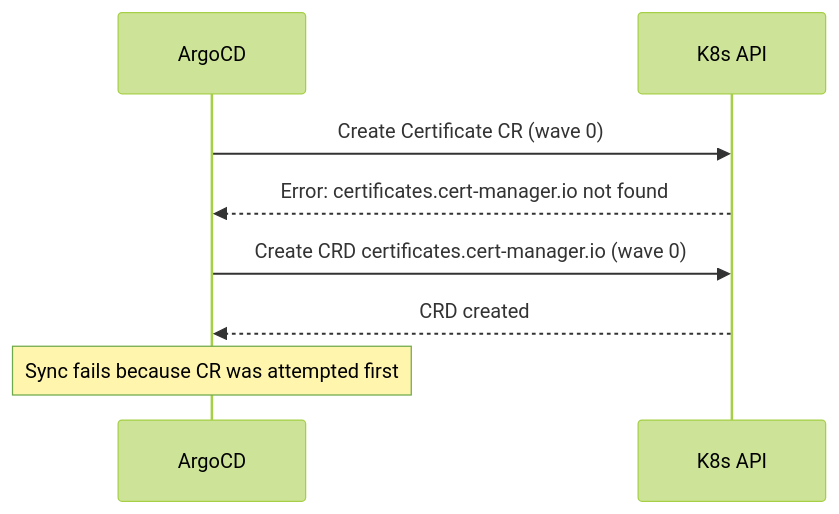
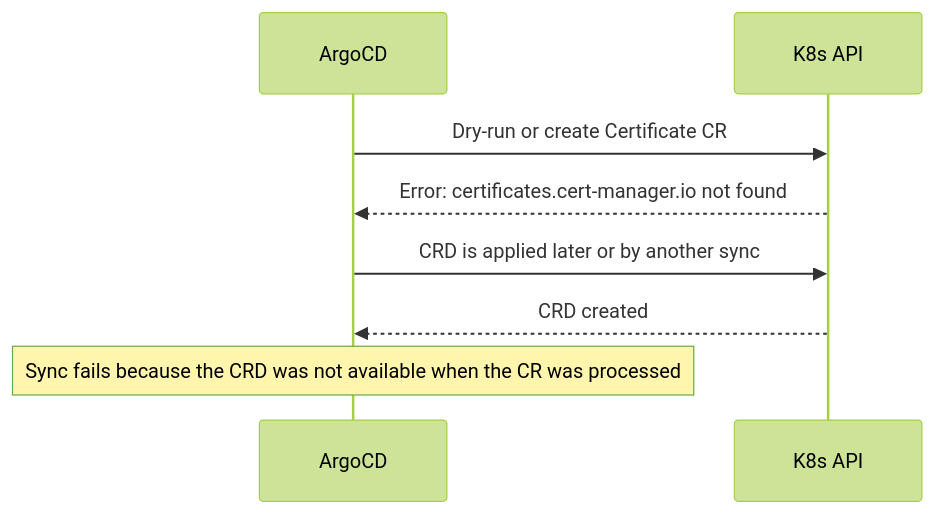
Before and after one commit to OneUptime/blog: the diagram in posts/2026-02-26-argocd-order-crd-before-cr-sync-waves/README.md, drawn with Mermaid (forest theme). The commit also changed other lines of this file and 2 other files, not shown here.

Commit message:
validate: 2026-02-26-argocd-order-crd-before-cr-sync-waves

````diff
--- a/posts/2026-02-26-argocd-order-crd-before-cr-sync-waves/README.md
+++ b/posts/2026-02-26-argocd-order-crd-before-cr-sync-waves/README.md
@@ -19,11 +19,11 @@
 ```mermaid
 sequenceDiagram
     participant ArgoCD
     participant K8s API
 
-    ArgoCD->>K8s API: Create Certificate CR (wave 0)
+    ArgoCD->>K8s API: Dry-run or create Certificate CR
     K8s API-->>ArgoCD: Error: certificates.cert-manager.io not found
-    ArgoCD->>K8s API: Create CRD certificates.cert-manager.io (wave 0)
+    ArgoCD->>K8s API: CRD is applied later or by another sync
     K8s API-->>ArgoCD: CRD created
-    Note over ArgoCD: Sync fails because CR was attempted first
+    Note over ArgoCD: Sync fails because the CRD was not available when the CR was processed
 ```
````
